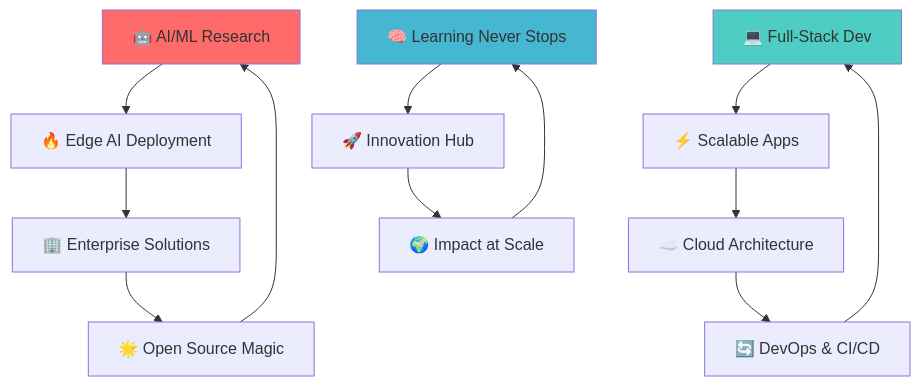
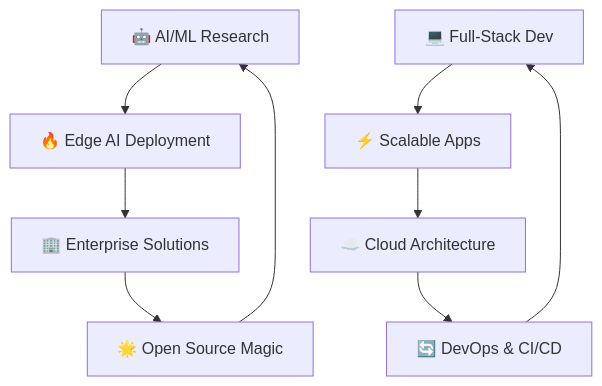
One commit to anshc022/anshc022 changed the diagram in README.md. Above: the diagram before and after it, drawn with Mermaid. The commit also changed other lines of this file, not shown here.

````diff
--- a/README.md
+++ b/README.md
@@ -295,20 +145,12 @@
 ```mermaid
 graph TD
     A[🤖 AI/ML Research] --> B[🔥 Edge AI Deployment]
     B --> C[🏢 Enterprise Solutions]
     C --> D[🌟 Open Source Magic]
     D --> A
     
     E[💻 Full-Stack Dev] --> F[⚡ Scalable Apps]
     F --> G[☁️ Cloud Architecture]
     G --> H[🔄 DevOps & CI/CD]
     H --> E
-    
-    I[🧠 Learning Never Stops] --> J[🚀 Innovation Hub]
-    J --> K[🌍 Impact at Scale]
-    K --> I
-    
-    style A fill:#ff6b6b
-    style E fill:#4ecdc4
-    style I fill:#45b7d1
 ```
````
